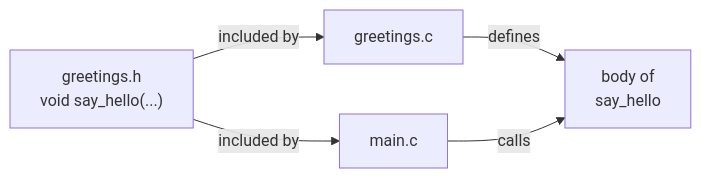
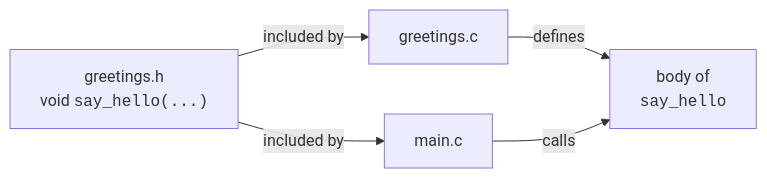
The diagram in content/learn/c-programming-for-beginners/compilation-and-execution.mdx (dataslope/dataslope), drawn with Mermaid before and after one commit. The commit also changed 153 other files, not shown here.

First line of the commit message:
Render code-only mermaid shapes in monospace; convert step sequences to Steps

````diff
--- a/content/learn/c-programming-for-beginners/compilation-and-execution.mdx
+++ b/content/learn/c-programming-for-beginners/compilation-and-execution.mdx
@@ -213,7 +213,7 @@
 ```mermaid
 flowchart LR
-    H["greetings.h<br/>void say_hello(...)"] -->|included by| M[main.c]
+    H["greetings.h<br/>void <code>say_hello(...)</code>"] -->|included by| M[main.c]
     H -->|included by| G[greetings.c]
-    G -->|defines| BODY["body of<br/>say_hello"]
+    G -->|defines| BODY["body of<br/><code>say_hello</code>"]
     M -->|calls| BODY
 ```
````
